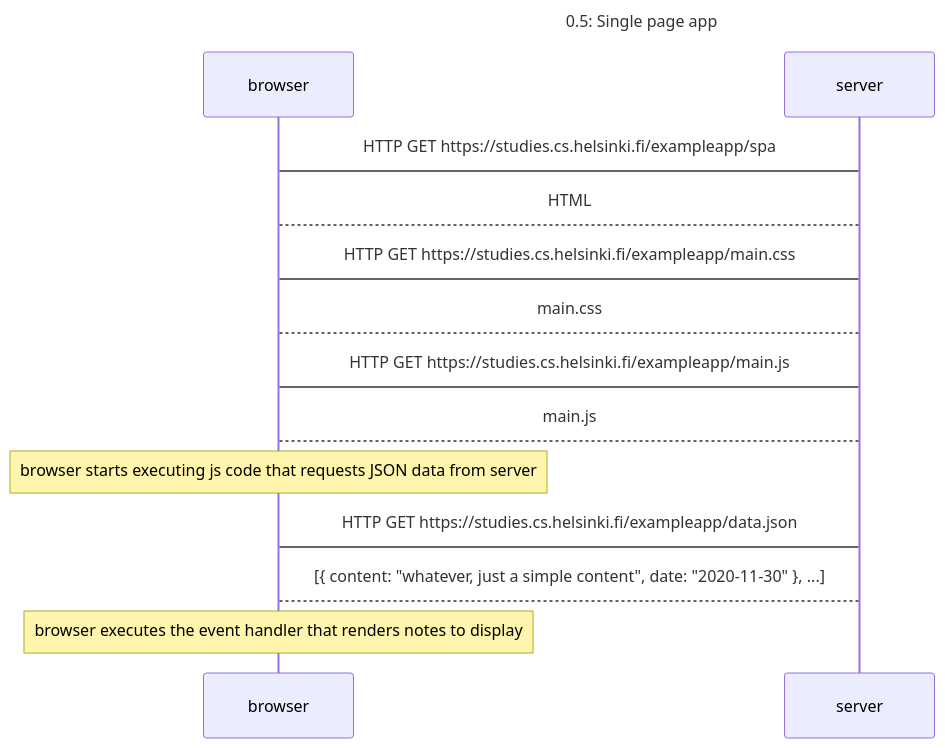
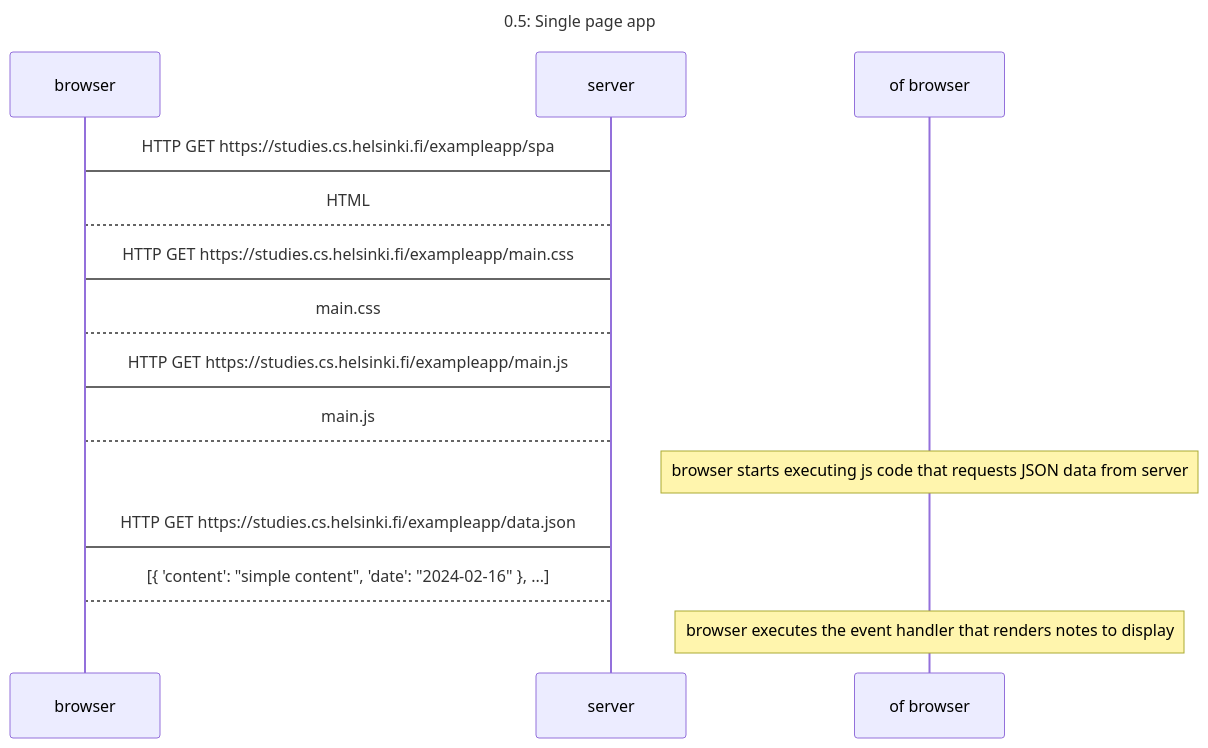
Before and after one commit to Vizard16/FullStackOpen: the diagram in part0/0.5.md, drawn with Mermaid.

Commit message:
Finished 0.5

````diff
--- a/part0/0.5.md
+++ b/part0/0.5.md
@@ -3,18 +3,18 @@
 ```mermaid
 sequenceDiagram
     Title: 0.5: Single page app
 
     browser->server: HTTP GET https://studies.cs.helsinki.fi/exampleapp/spa
     server-->browser: HTML
     browser->server: HTTP GET https://studies.cs.helsinki.fi/exampleapp/main.css
     server-->browser: main.css
     browser->server: HTTP GET https://studies.cs.helsinki.fi/exampleapp/main.js
     server-->browser: main.js
 
-    note over browser: browser starts executing js code that requests JSON data from server
+    note over of browser: browser starts executing js code that requests JSON data from server
 
     browser->server: HTTP GET https://studies.cs.helsinki.fi/exampleapp/data.json
-    server-->browser: [{ content: "whatever, just a simple content", date: "2020-11-30" }, ...]
+    server-->browser: [{ 'content': "simple content", 'date': "2024-02-16" }, ...]
 
-    note over browser: browser executes the event handler that renders notes to display
+    note over of browser: browser executes the event handler that renders notes to display
 ```
````
